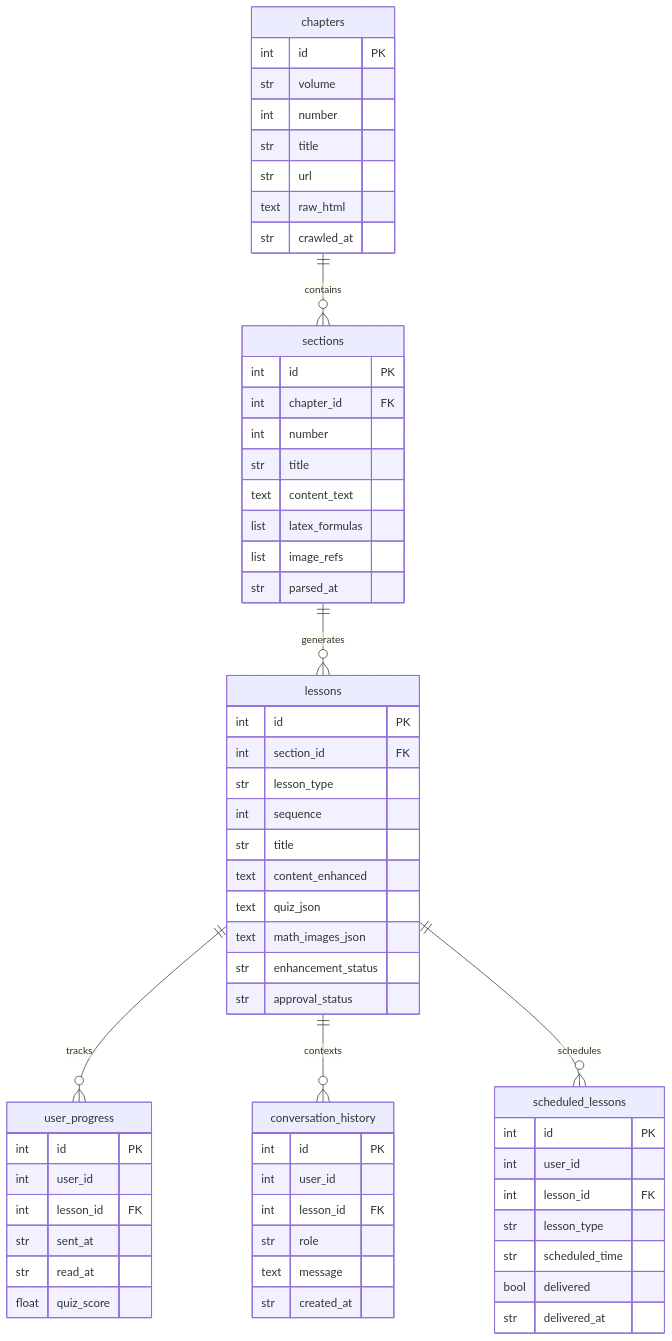
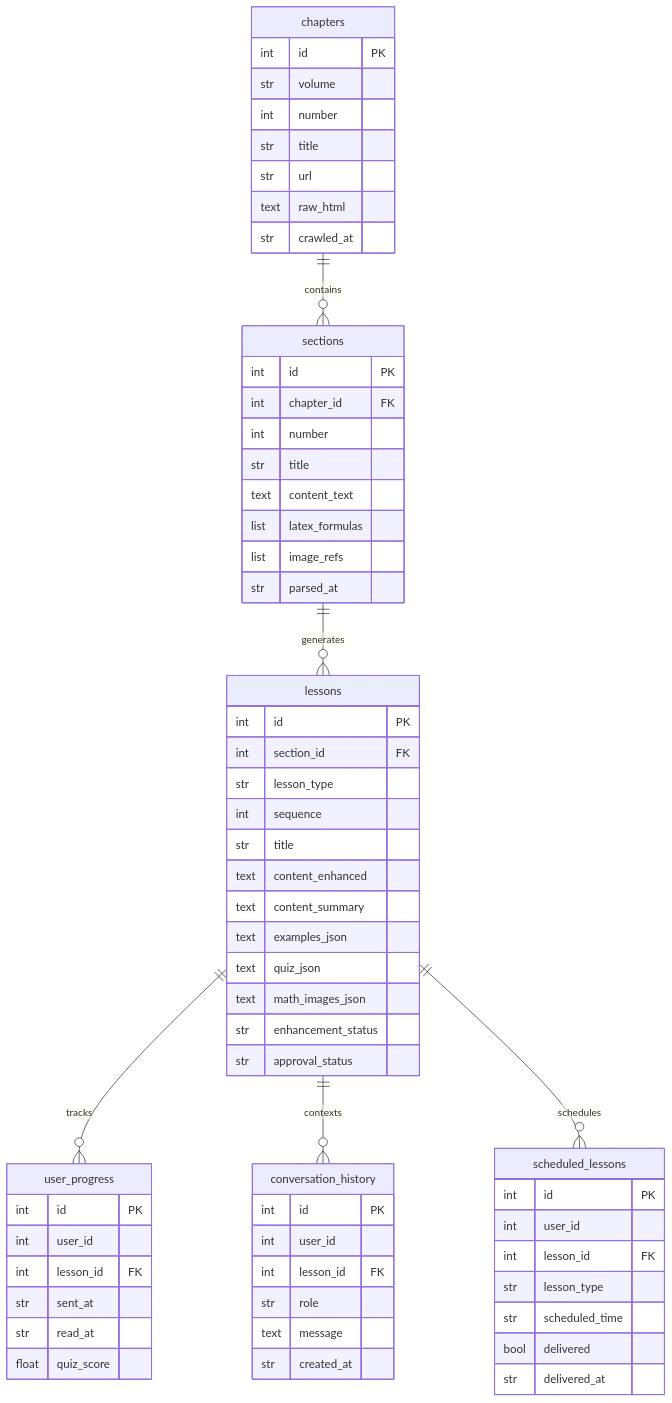
One commit to DuongDoNgoc/feynman-lectures-bot changed the seventh of 19 diagrams in docs/system-architecture.md. Above: the diagram before and after it, drawn with Mermaid. The commit also changed other lines of this file and 9 other files, not shown here.

````diff
--- a/docs/system-architecture.md
+++ b/docs/system-architecture.md
@@ -239,70 +246,72 @@
 ```mermaid
 erDiagram
     chapters ||--o{ sections : contains
     sections ||--o{ lessons : generates
     lessons ||--o{ user_progress : tracks
     lessons ||--o{ conversation_history : contexts
     lessons ||--o{ scheduled_lessons : schedules
 
     chapters {
         int id PK
         str volume
         int number
         str title
         str url
         text raw_html
         str crawled_at
     }
 
     sections {
         int id PK
         int chapter_id FK
         int number
         str title
         text content_text
         list latex_formulas
         list image_refs
         str parsed_at
     }
 
     lessons {
         int id PK
         int section_id FK
         str lesson_type
         int sequence
         str title
         text content_enhanced
+        text content_summary
+        text examples_json
         text quiz_json
         text math_images_json
         str enhancement_status
         str approval_status
     }
 
     user_progress {
         int id PK
         int user_id
         int lesson_id FK
         str sent_at
         str read_at
         float quiz_score
     }
 
     conversation_history {
         int id PK
         int user_id
         int lesson_id FK
         str role
         text message
         str created_at
     }
 
     scheduled_lessons {
         int id PK
         int user_id
         int lesson_id FK
         str lesson_type
         str scheduled_time
         bool delivered
         str delivered_at
     }
 ```
````
